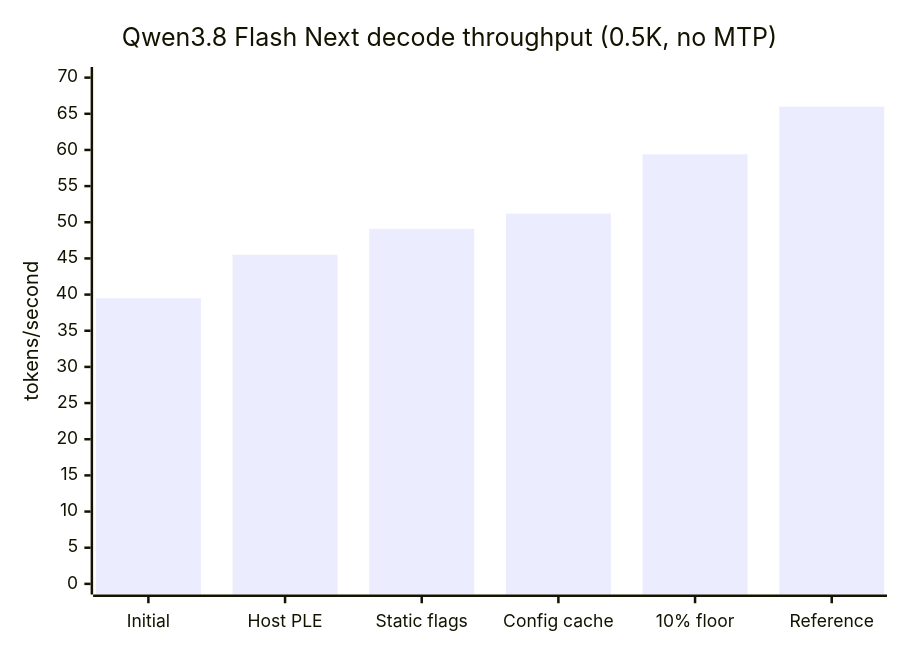
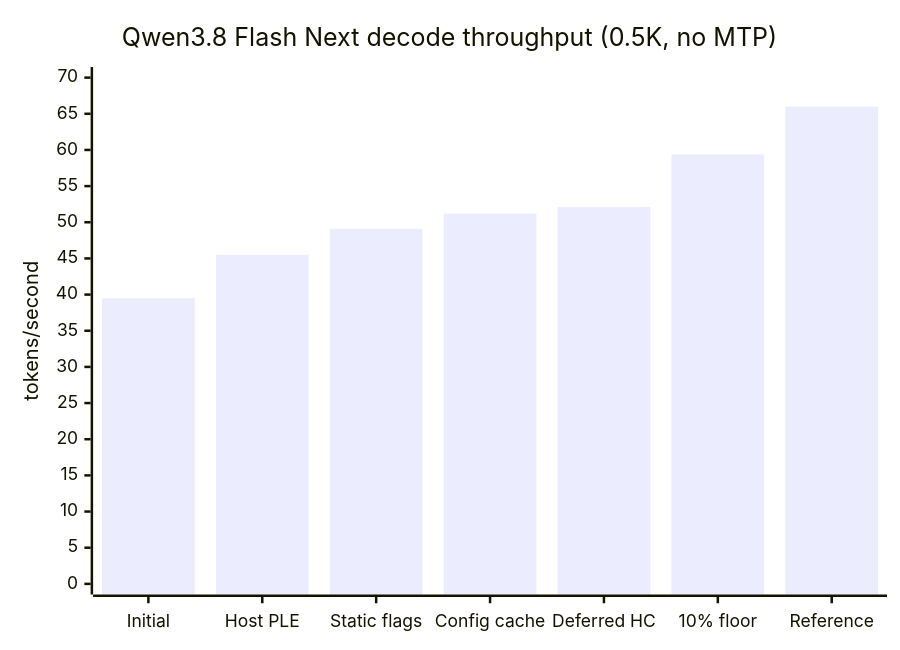
Before and after one commit to scouzi1966/AFMKit: the first of 8 diagrams in docs/QWEN38_FLASH_NEXT_PERFORMANCE.md, drawn with Mermaid. The commit also changed other lines of this file and 3 other files, not shown here.

````diff
--- a/docs/QWEN38_FLASH_NEXT_PERFORMANCE.md
+++ b/docs/QWEN38_FLASH_NEXT_PERFORMANCE.md
@@ -109,7 +111,7 @@
 ```mermaid
 xychart-beta
     title "Qwen3.8 Flash Next decode throughput (0.5K, no MTP)"
-    x-axis ["Initial", "Host PLE", "Static flags", "Config cache", "10% floor", "Reference"]
+    x-axis ["Initial", "Host PLE", "Static flags", "Config cache", "Deferred HC", "10% floor", "Reference"]
     y-axis "tokens/second" 0 --> 70
-    bar [39.5, 45.51, 49.09, 51.20, 59.39, 65.99]
+    bar [39.5, 45.51, 49.09, 51.20, 52.10, 59.39, 65.99]
 ```
````
